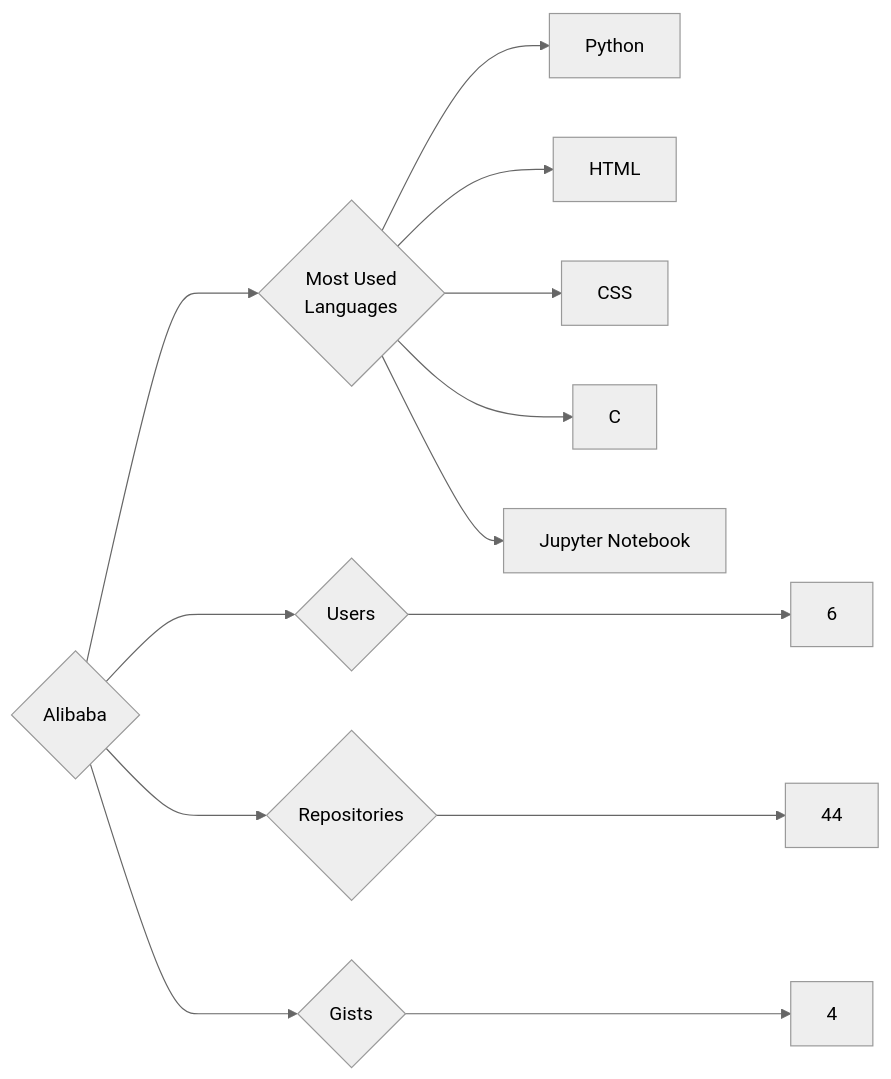
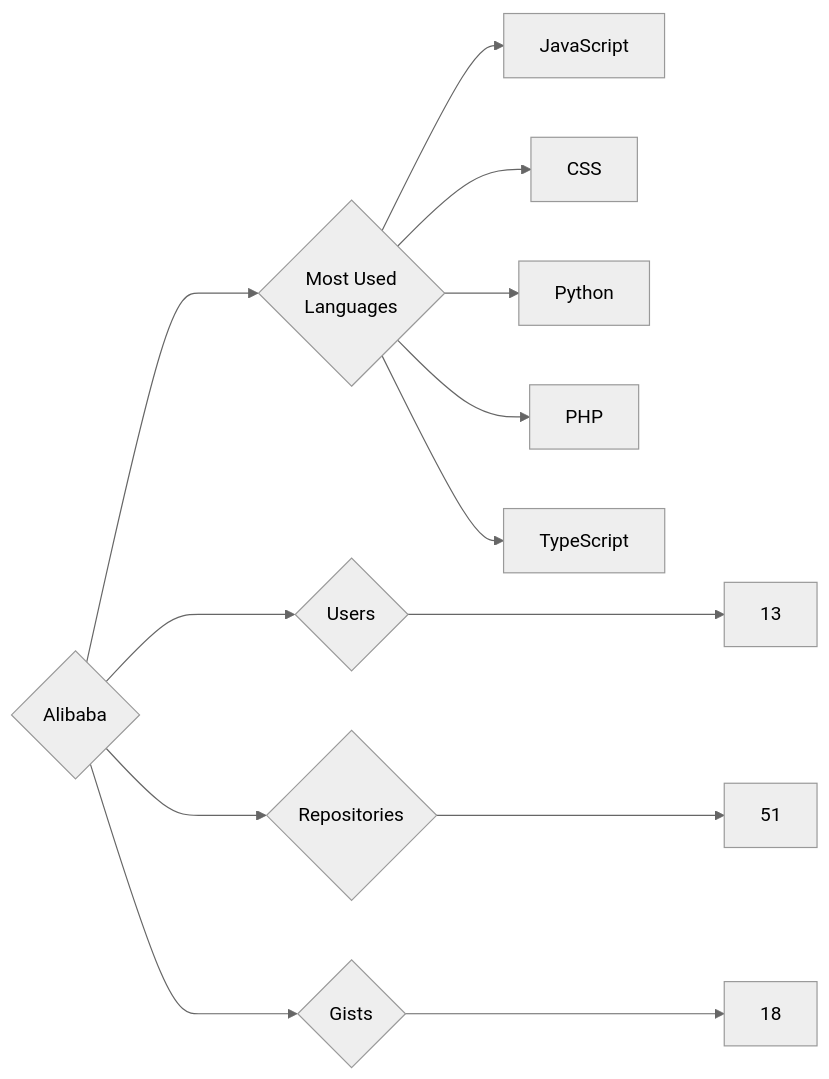
One commit to trickest/insiders changed the diagram in targets/Alibaba/README.md. Above: the diagram before and after it, drawn with Mermaid (neutral theme). The commit also changed 815 other files, not shown here.

````diff
--- a/targets/Alibaba/README.md
+++ b/targets/Alibaba/README.md
@@ -3,13 +3,13 @@
 ```mermaid
 graph LR
 COMPANY_NAME{Alibaba}
-COMPANY_NAME ---> U{Users} ---> UN[6]
-COMPANY_NAME ---> R{Repositories} ---> RN[44]
-COMPANY_NAME ---> G{Gists} ---> GN[4]
+COMPANY_NAME ---> U{Users} ---> UN[13]
+COMPANY_NAME ---> R{Repositories} ---> RN[51]
+COMPANY_NAME ---> G{Gists} ---> GN[18]
 COMPANY_NAME ---> ML{Most Used<br>Languages}
+ML --> JavaScript[JavaScript]
+ML --> CSS[CSS]
 ML --> Python[Python]
-ML --> HTML[HTML]
-ML --> CSS[CSS]
-ML --> C[C]
-ML --> Jupyter_Notebook[Jupyter Notebook]
+ML --> PHP[PHP]
+ML --> TypeScript[TypeScript]
 ```
````
